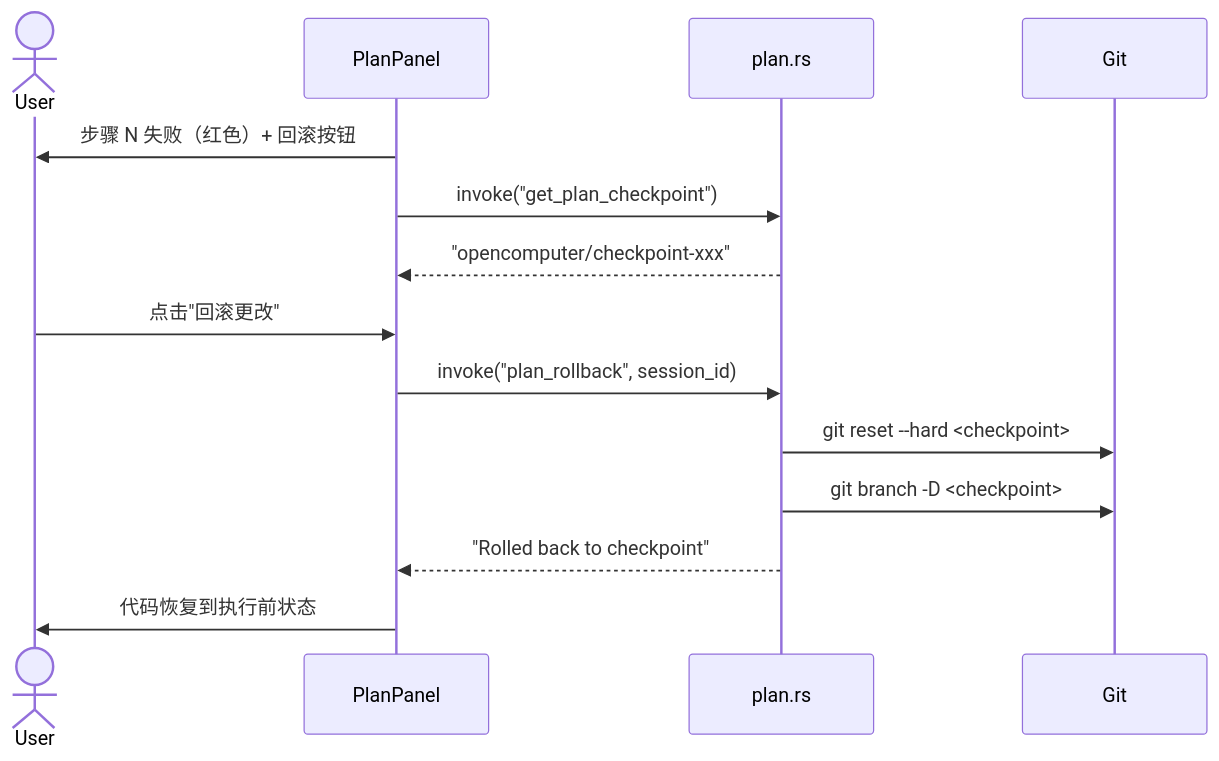
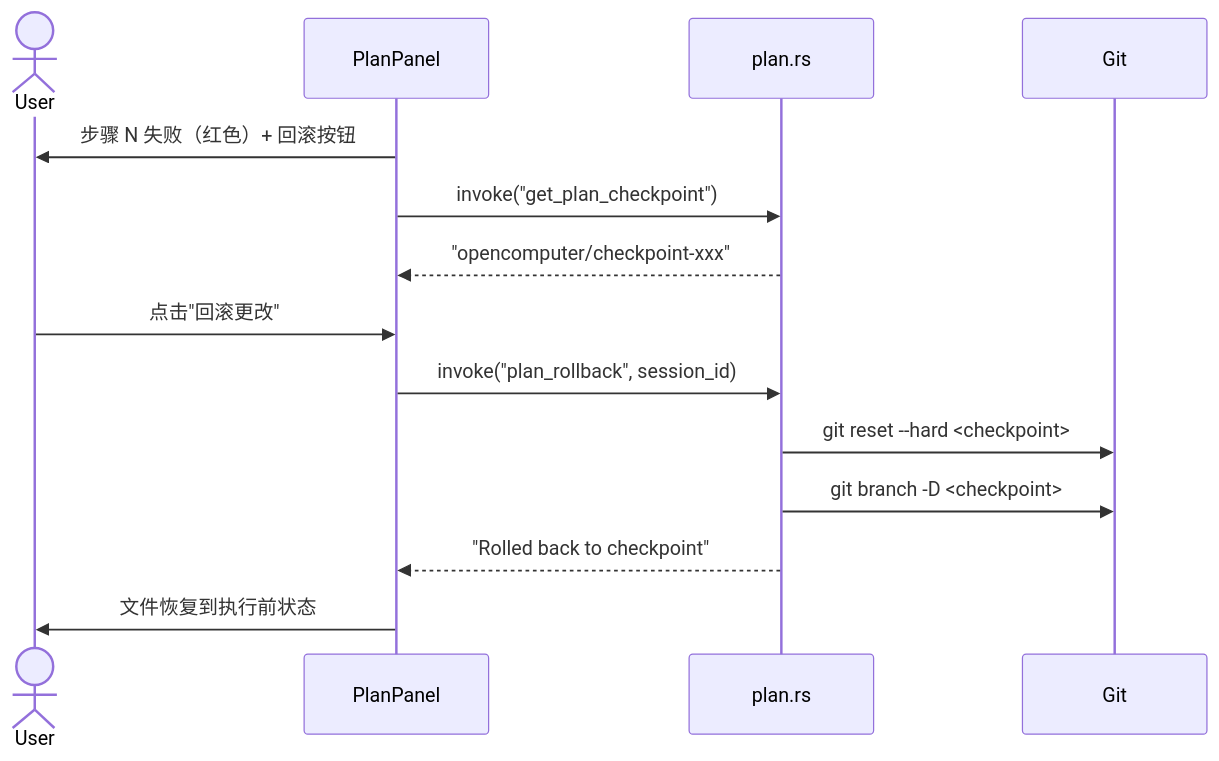
One commit to shiwenwen/hope-agent changed diagram 15 of 16 in docs/architecture/plan-mode.md. Above: the diagram before and after it, drawn with Mermaid. The commit also changed other lines of this file and 12 other files, not shown here.

````diff
--- a/docs/architecture/plan-mode.md
+++ b/docs/architecture/plan-mode.md
@@ -1001,18 +989,18 @@
 ```mermaid
 sequenceDiagram
     actor User
     participant Panel as PlanPanel
     participant Backend as plan.rs
     participant Git
 
     Panel->>User: 步骤 N 失败（红色）+ 回滚按钮
     Panel->>Backend: invoke("get_plan_checkpoint")
     Backend-->>Panel: "opencomputer/checkpoint-xxx"
 
     User->>Panel: 点击"回滚更改"
     Panel->>Backend: invoke("plan_rollback", session_id)
     Backend->>Git: git reset --hard <checkpoint>
     Backend->>Git: git branch -D <checkpoint>
     Backend-->>Panel: "Rolled back to checkpoint"
-    Panel->>User: 代码恢复到执行前状态
+    Panel->>User: 文件恢复到执行前状态
 ```
````
